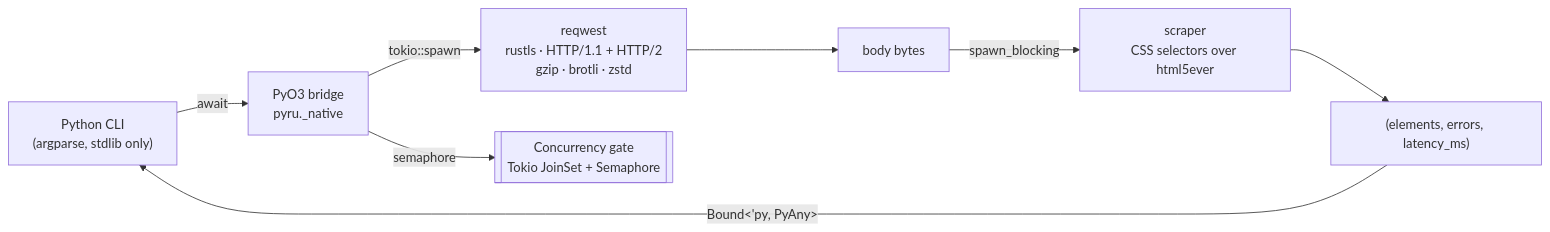
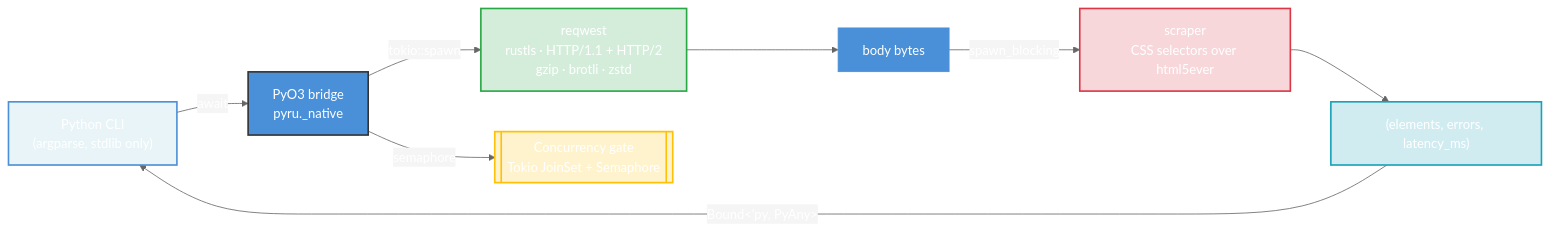
One commit to afadesigns/pyru changed the diagram in README.md. Above: the diagram before and after it, drawn with Mermaid. The commit also changed other lines of this file and 1 other file, not shown here.

Commit message:
README: diagram styling, API import fix

````diff
--- a/README.md
+++ b/README.md
@@ -40,10 +40,17 @@
 ```mermaid
+%%{init: {'theme': 'base', 'themeVariables': { 'primaryColor': '#4a90d9', 'primaryTextColor': '#fff', 'primaryBorderColor': '#4a90d9', 'lineColor': '#666', 'secondaryColor': '#f5f5f5', 'tertiaryColor': '#fff'}}}%%
 flowchart LR
   CLI["Python CLI<br/>(argparse, stdlib only)"] -->|await| Bridge["PyO3 bridge<br/>pyru._native"]
   Bridge -->|tokio::spawn| Fetch["reqwest<br/>rustls · HTTP/1.1 + HTTP/2<br/>gzip · brotli · zstd"]
   Bridge -->|semaphore| Pool[["Concurrency gate<br/>Tokio JoinSet + Semaphore"]]
   Fetch --> Body["body bytes"]
   Body -->|spawn_blocking| Parse["scraper<br/>CSS selectors over html5ever"]
   Parse --> Out["(elements, errors, latency_ms)"]
   Out -->|Bound&lt;'py, PyAny&gt;| CLI
+  style CLI fill:#e8f4f8,stroke:#4a90d9,stroke-width:2px
+  style Bridge fill:#4a90d9,stroke:#333,stroke-width:2px,color:#fff
+  style Fetch fill:#d4edda,stroke:#28a745,stroke-width:2px
+  style Pool fill:#fff3cd,stroke:#ffc107,stroke-width:2px
+  style Parse fill:#f8d7da,stroke:#dc3545,stroke-width:2px
+  style Out fill:#d1ecf1,stroke:#17a2b8,stroke-width:2px
 ```
````
